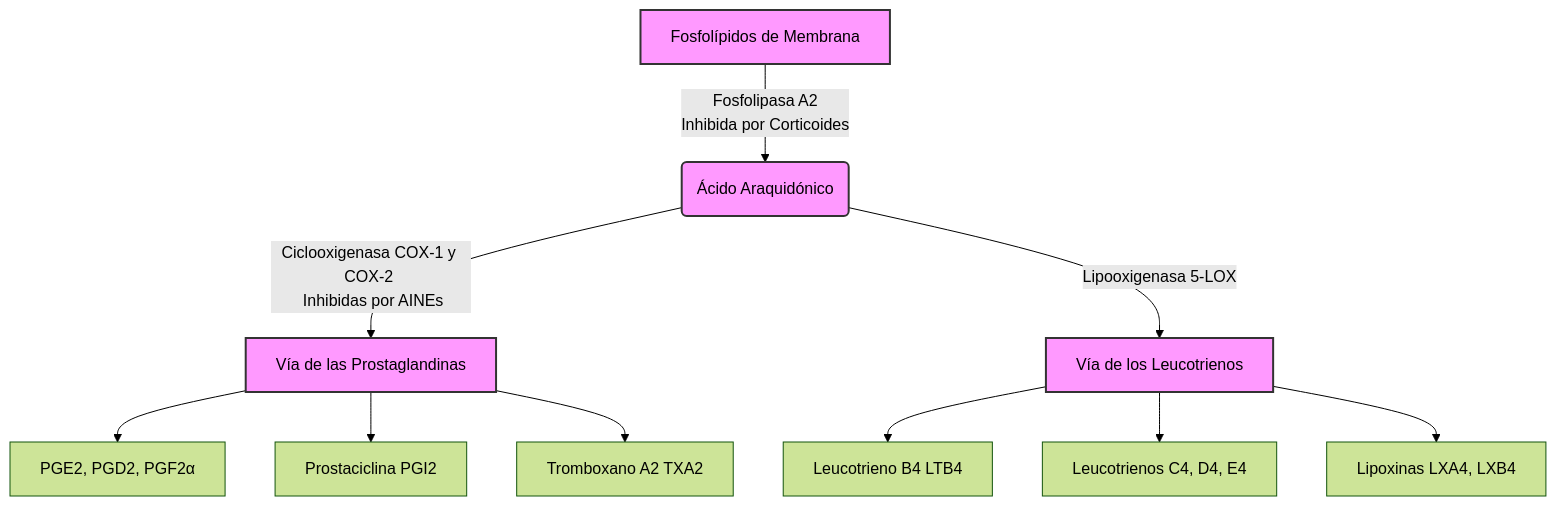
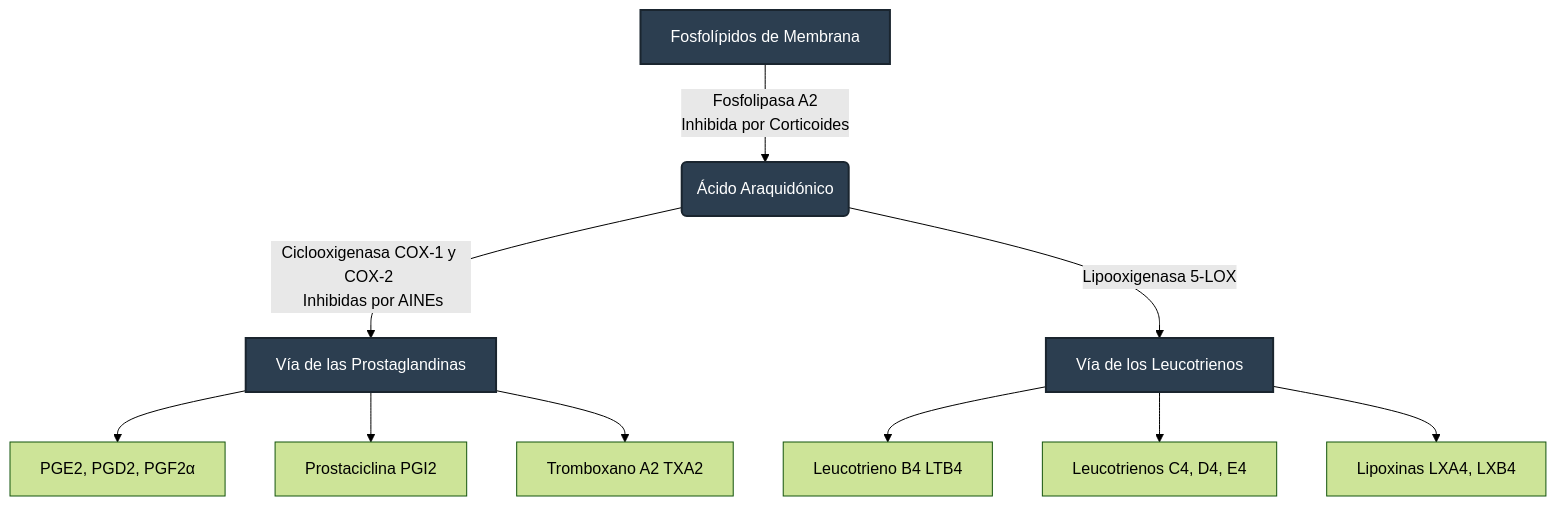
The first of 2 diagrams in content/medicina/semestre-04/cirugia-general-repasos/repaso-02.mdx (Uremy/taimilog), drawn with Mermaid (forest theme) before and after one commit. The commit also changed other lines of this file, not shown here.

````diff
--- a/content/medicina/semestre-04/cirugia-general-repasos/repaso-02.mdx
+++ b/content/medicina/semestre-04/cirugia-general-repasos/repaso-02.mdx
@@ -221,18 +268,18 @@
 ```mermaid
 graph TD
     A[Fosfolípidos de Membrana] -->|Fosfolipasa A2 \n Inhibida por Corticoides| B(Ácido Araquidónico)
     
     B -->|Ciclooxigenasa COX-1 y COX-2 \n Inhibidas por AINEs| C[Vía de las Prostaglandinas]
     B -->|Lipooxigenasa 5-LOX| D[Vía de los Leucotrienos]
 
     C --> E[PGE2, PGD2, PGF2α]
     C --> F[Prostaciclina PGI2]
     C --> G[Tromboxano A2 TXA2]
 
     D --> H[Leucotrieno B4 LTB4]
     D --> I[Leucotrienos C4, D4, E4]
     D --> J[Lipoxinas LXA4, LXB4]
     
-    classDef enzima fill:#f9f,stroke:#333,stroke-width:2px;
+    classDef enzima fill:#2c3e50,stroke:#1a252f,stroke-width:2px,color:#fff;
     class A,B,C,D enzima;
 ```
````
